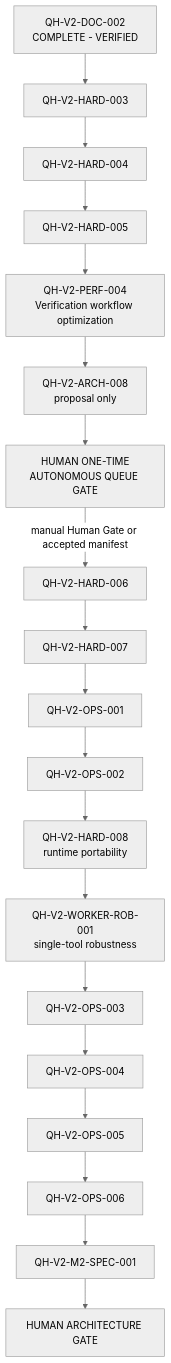
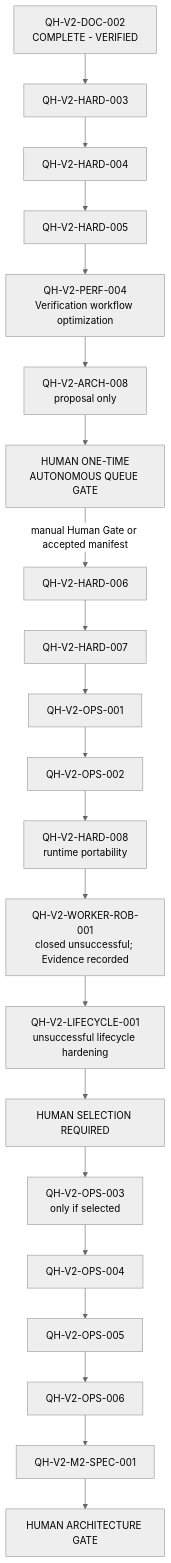
Before and after one commit to tmdgns104/qwen-harness-test: the diagram in BACKLOG.md, drawn with Mermaid (neutral theme). The commit also changed other lines of this file and 3 other files, not shown here.

Commit message:
bootstrap unsuccessful lifecycle transition

````diff
--- a/BACKLOG.md
+++ b/BACKLOG.md
@@ -134,21 +136,23 @@
 ```mermaid
 flowchart TD
     D002["QH-V2-DOC-002<br/>COMPLETE - VERIFIED"] --> H003["QH-V2-HARD-003"]
     H003 --> H004["QH-V2-HARD-004"]
     H004 --> H005["QH-V2-HARD-005"]
     H005 --> P004["QH-V2-PERF-004<br/>Verification workflow optimization"]
     P004 --> A008["QH-V2-ARCH-008<br/>proposal only"]
     A008 --> Gate1["HUMAN ONE-TIME<br/>AUTONOMOUS QUEUE GATE"]
     Gate1 -->|"manual Human Gate or accepted manifest"| H006["QH-V2-HARD-006"]
     H006 --> H007["QH-V2-HARD-007"]
     H007 --> O001["QH-V2-OPS-001"]
     O001 --> O002["QH-V2-OPS-002"]
     O002 --> H008["QH-V2-HARD-008<br/>runtime portability"]
-    H008 --> WROB["QH-V2-WORKER-ROB-001<br/>single-tool robustness"]
-    WROB --> O003["QH-V2-OPS-003"]
+    H008 --> WROB["QH-V2-WORKER-ROB-001<br/>closed unsuccessful; Evidence recorded"]
+    WROB --> L001["QH-V2-LIFECYCLE-001<br/>unsuccessful lifecycle hardening"]
+    L001 --> HumanSelect["HUMAN SELECTION REQUIRED"]
+    HumanSelect --> O003["QH-V2-OPS-003<br/>only if selected"]
     O003 --> O004["QH-V2-OPS-004"]
     O004 --> O005["QH-V2-OPS-005"]
     O005 --> O006["QH-V2-OPS-006"]
     O006 --> M2["QH-V2-M2-SPEC-001"]
     M2 --> Gate["HUMAN ARCHITECTURE GATE"]
 ```
````
